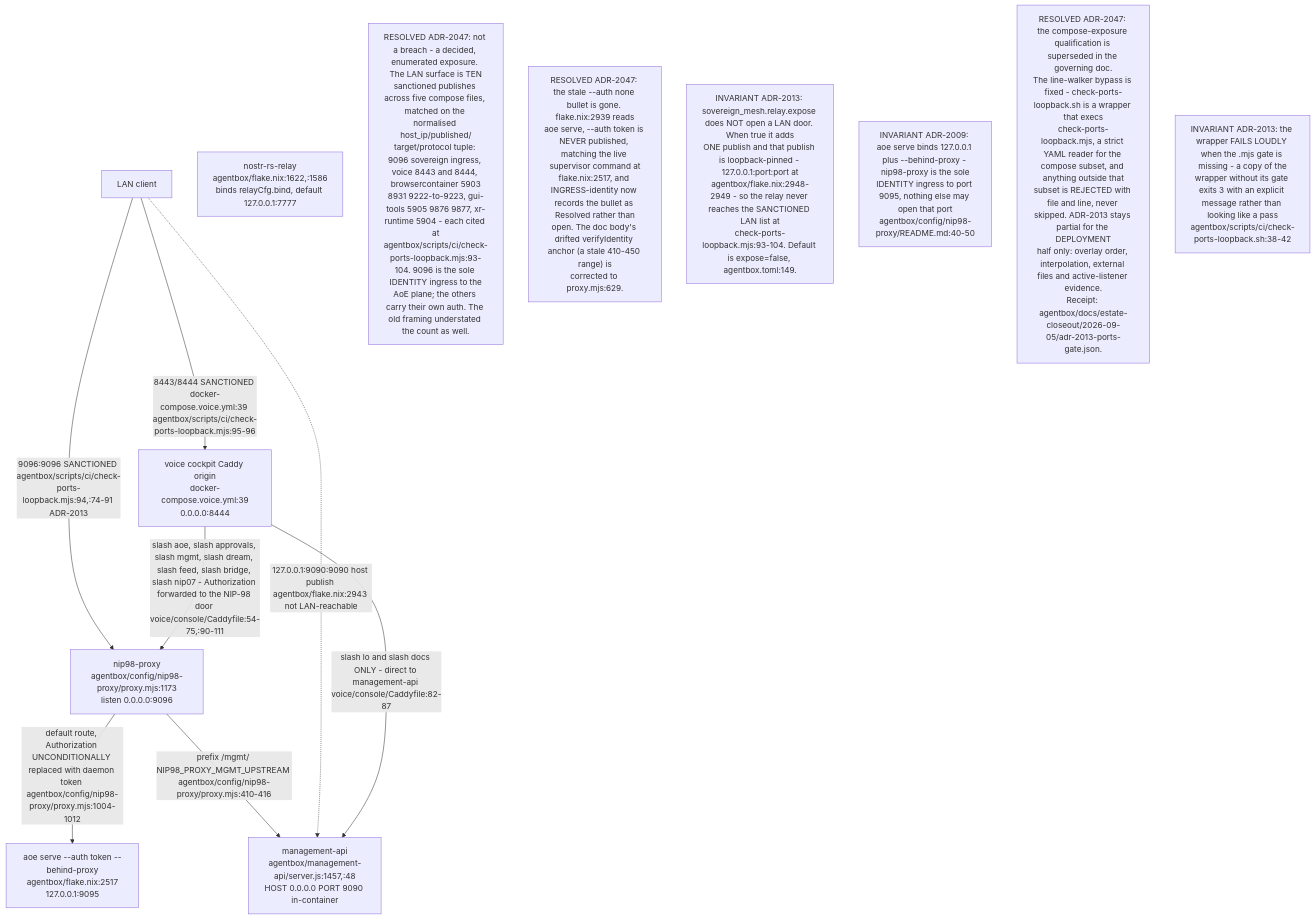
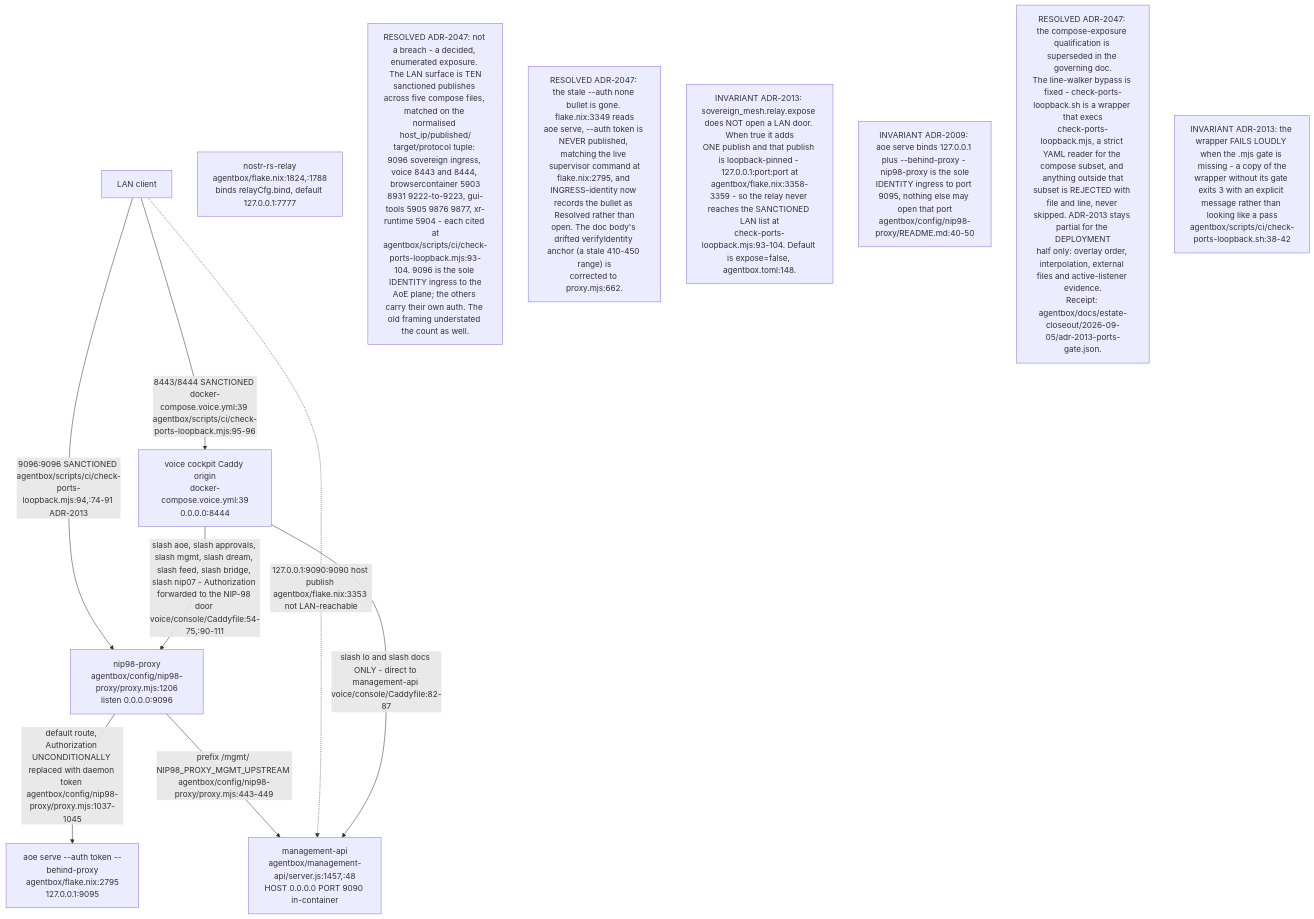
The first of 13 diagrams in docs/diagrams/agentbox/10-ingress-nip98-proxy-and-aoe.md (DreamLab-AI/VisionFlow), drawn with Mermaid before and after one commit. The commit also changed other lines of this file and 111 other files, not shown here.

Commit message:
docs(diagrams): align estate maps with current source

````diff
--- a/docs/diagrams/agentbox/10-ingress-nip98-proxy-and-aoe.md
+++ b/docs/diagrams/agentbox/10-ingress-nip98-proxy-and-aoe.md
@@ -38,24 +38,24 @@
 ```mermaid
 flowchart TB
     LAN["LAN client"]
-    P9096["nip98-proxy<br/>agentbox/config/nip98-proxy/proxy.mjs:1173<br/>listen 0.0.0.0:9096"]
-    AOE9095["aoe serve --auth token --behind-proxy<br/>agentbox/flake.nix:2517<br/>127.0.0.1:9095"]
+    P9096["nip98-proxy<br/>agentbox/config/nip98-proxy/proxy.mjs:1206<br/>listen 0.0.0.0:9096"]
+    AOE9095["aoe serve --auth token --behind-proxy<br/>agentbox/flake.nix:2795<br/>127.0.0.1:9095"]
     MGMT9090["management-api<br/>agentbox/management-api/server.js:1457,:48<br/>HOST 0.0.0.0 PORT 9090 in-container"]
-    RELAY7777["nostr-rs-relay<br/>agentbox/flake.nix:1622,:1586<br/>binds relayCfg.bind, default 127.0.0.1:7777"]
+    RELAY7777["nostr-rs-relay<br/>agentbox/flake.nix:1824,:1788<br/>binds relayCfg.bind, default 127.0.0.1:7777"]
     VOICE8444["voice cockpit Caddy origin<br/>docker-compose.voice.yml:39<br/>0.0.0.0:8444"]
 
     LAN -->|"9096:9096 SANCTIONED agentbox/scripts/ci/check-ports-loopback.mjs:94,:74-91 ADR-2013"| P9096
-    P9096 -->|"default route, Authorization UNCONDITIONALLY replaced with daemon token agentbox/config/nip98-proxy/proxy.mjs:1004-1012"| AOE9095
-    P9096 -->|"prefix /mgmt/ NIP98_PROXY_MGMT_UPSTREAM agentbox/config/nip98-proxy/proxy.mjs:410-416"| MGMT9090
-    LAN -.->|"127.0.0.1:9090:9090 host publish agentbox/flake.nix:2943 not LAN-reachable"| MGMT9090
+    P9096 -->|"default route, Authorization UNCONDITIONALLY replaced with daemon token agentbox/config/nip98-proxy/proxy.mjs:1037-1045"| AOE9095
+    P9096 -->|"prefix /mgmt/ NIP98_PROXY_MGMT_UPSTREAM agentbox/config/nip98-proxy/proxy.mjs:443-449"| MGMT9090
+    LAN -.->|"127.0.0.1:9090:9090 host publish agentbox/flake.nix:3353 not LAN-reachable"| MGMT9090
     LAN -->|"8443/8444 SANCTIONED docker-compose.voice.yml:39 agentbox/scripts/ci/check-ports-loopback.mjs:95-96"| VOICE8444
     VOICE8444 -->|"slash lo and slash docs ONLY - direct to management-api voice/console/Caddyfile:82-87"| MGMT9090
     VOICE8444 -->|"slash aoe, slash approvals, slash mgmt, slash dream, slash feed, slash bridge, slash nip07 - Authorization forwarded to the NIP-98 door voice/console/Caddyfile:54-75,:90-111"| P9096
 
 N1["RESOLVED ADR-2047: not a breach - a decided, enumerated exposure. The LAN surface is TEN<br/>sanctioned publishes across five compose files, matched on the normalised host_ip/published/<br/>target/protocol tuple: 9096 sovereign ingress, voice 8443 and 8444, browsercontainer 5903<br/>8931 9222-to-9223, gui-tools 5905 9876 9877, xr-runtime 5904 - each cited at<br/>agentbox/scripts/ci/check-ports-loopback.mjs:93-104. 9096 is the sole IDENTITY ingress to the<br/>AoE plane; the others carry their own auth. The old framing understated the count as well."]
-N2["RESOLVED ADR-2047: the stale --auth none bullet is gone. flake.nix:2939 reads<br/>aoe serve, --auth token is NEVER published, matching the live supervisor command at<br/>flake.nix:2517, and INGRESS-identity now records the bullet as Resolved rather than<br/>open. The doc body's drifted verifyIdentity anchor (a stale 410-450 range) is<br/>corrected to proxy.mjs:629."]
-N6["INVARIANT ADR-2013: sovereign_mesh.relay.expose does NOT open a LAN door. When true it adds<br/>ONE publish and that publish is loopback-pinned - 127.0.0.1:port:port at<br/>agentbox/flake.nix:2948-2949 - so the relay never reaches the SANCTIONED LAN list at<br/>check-ports-loopback.mjs:93-104. Default is expose=false, agentbox.toml:149."]
+N2["RESOLVED ADR-2047: the stale --auth none bullet is gone. flake.nix:3349 reads<br/>aoe serve, --auth token is NEVER published, matching the live supervisor command at<br/>flake.nix:2795, and INGRESS-identity now records the bullet as Resolved rather than<br/>open. The doc body's drifted verifyIdentity anchor (a stale 410-450 range) is<br/>corrected to proxy.mjs:662."]
+N6["INVARIANT ADR-2013: sovereign_mesh.relay.expose does NOT open a LAN door. When true it adds<br/>ONE publish and that publish is loopback-pinned - 127.0.0.1:port:port at<br/>agentbox/flake.nix:3358-3359 - so the relay never reaches the SANCTIONED LAN list at<br/>check-ports-loopback.mjs:93-104. Default is expose=false, agentbox.toml:148."]
 N3["INVARIANT ADR-2009: aoe serve binds 127.0.0.1 plus --behind-proxy - nip98-proxy is the sole<br/>IDENTITY ingress to port 9095, nothing else may open that port<br/>agentbox/config/nip98-proxy/README.md:40-50"]
 N4["RESOLVED ADR-2047: the compose-exposure qualification is superseded in the governing doc.<br/>The line-walker bypass is fixed - check-ports-loopback.sh is a wrapper that execs<br/>check-ports-loopback.mjs, a strict YAML reader for the compose subset, and anything outside that<br/>subset is REJECTED with file and line, never skipped. ADR-2013 stays partial for the DEPLOYMENT<br/>half only: overlay order, interpolation, external files and active-listener evidence.<br/>Receipt: agentbox/docs/estate-closeout/2026-09-05/adr-2013-ports-gate.json."]
 N5["INVARIANT ADR-2013: the wrapper FAILS LOUDLY when the .mjs gate is missing - a copy of the<br/>wrapper without its gate exits 3 with an explicit message rather than looking like a pass<br/>agentbox/scripts/ci/check-ports-loopback.sh:38-42"]
 ```
````
